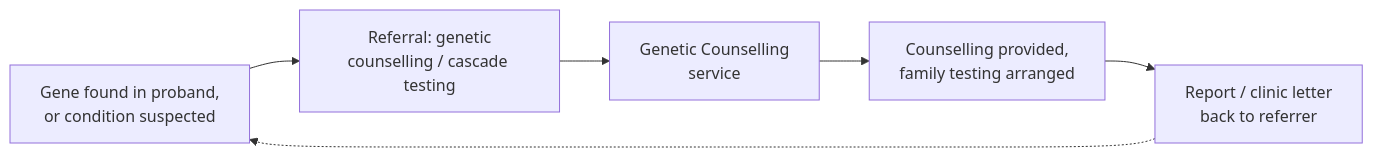
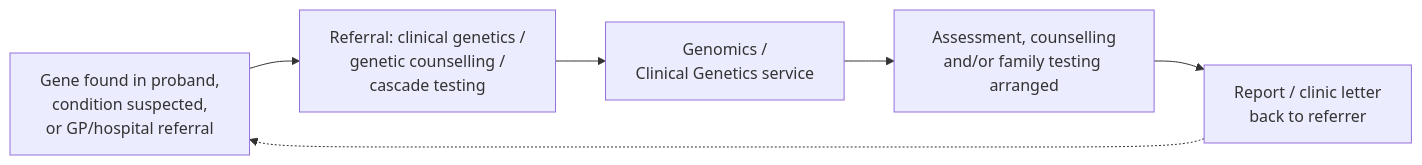
The first of 3 diagrams in input/pagecontent/GeneticCounsellingReferral.md (nw-gmsa/nw-gmsa.github.com), drawn with Mermaid before and after one commit. The commit also changed other lines of this file, not shown here.

First line of the commit message:
Generalise Genetic Counselling Referral to cover eRS/regional genetics referrals

````diff
--- a/input/pagecontent/GeneticCounsellingReferral.md
+++ b/input/pagecontent/GeneticCounsellingReferral.md
@@ -44,8 +66,8 @@
 ```mermaid
 flowchart LR
-    A[Gene found in proband,<br/>or condition suspected] --> B[Referral: genetic<br/>counselling / cascade testing]
-    B --> C[Genetic Counselling<br/>service]
-    C --> D[Counselling provided,<br/>family testing arranged]
+    A[Gene found in proband,<br/>condition suspected,<br/>or GP/hospital referral] --> B[Referral: clinical genetics /<br/>genetic counselling /<br/>cascade testing]
+    B --> C[Genomics /<br/>Clinical Genetics service]
+    C --> D[Assessment, counselling<br/>and/or family testing arranged]
     D --> E[Report / clinic letter<br/>back to referrer]
     E -.-> A
 ```
````
